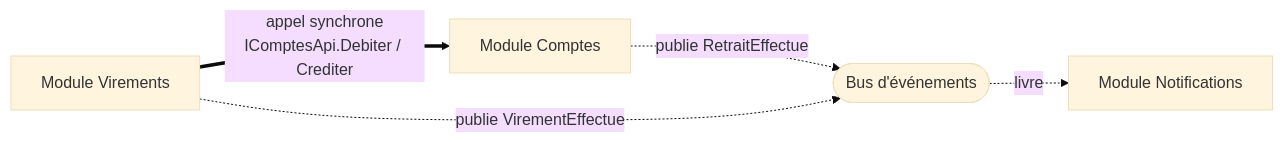
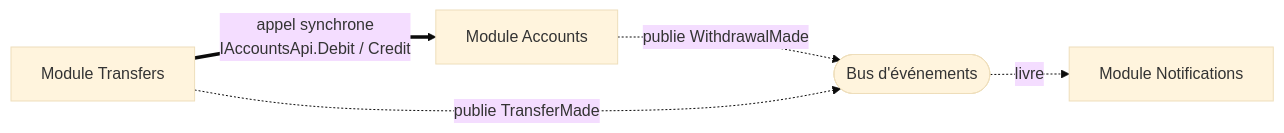
One commit to drangoht/ArchitecturesDemo changed the second of 3 diagrams in Docs/07-monolithe-modulaire.md. Above: the diagram before and after it, drawn with Mermaid (base theme). The commit also changed other lines of this file and 70 other files, not shown here.

Commit message:
Docs FR : identifiants, liens, diagrammes et sorties alignés sur le code anglais

````diff
--- a/Docs/07-monolithe-modulaire.md
+++ b/Docs/07-monolithe-modulaire.md
@@ -47,7 +47,7 @@
 ```mermaid
 flowchart LR
-    V["Module Virements"] ==>|"appel synchrone<br/>IComptesApi.Debiter / Crediter"| C["Module Comptes"]
-    C -.->|"publie RetraitEffectue"| B(["Bus d'événements"])
-    V -.->|"publie VirementEffectue"| B
+    V["Module Transfers"] ==>|"appel synchrone<br/>IAccountsApi.Debit / Credit"| C["Module Accounts"]
+    C -.->|"publie WithdrawalMade"| B(["Bus d'événements"])
+    V -.->|"publie TransferMade"| B
     B -.->|"livre"| N["Module Notifications"]
 ```
````
